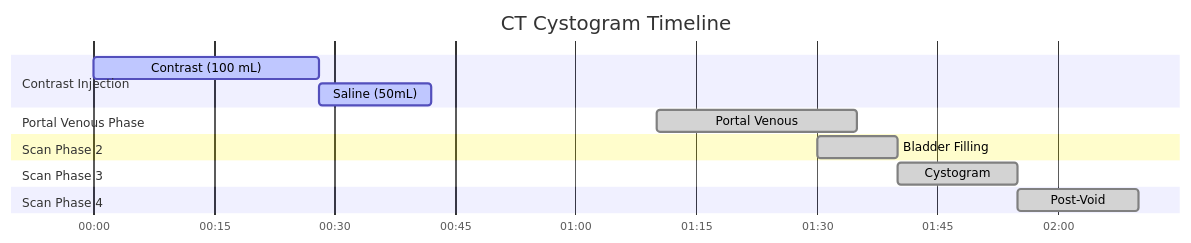
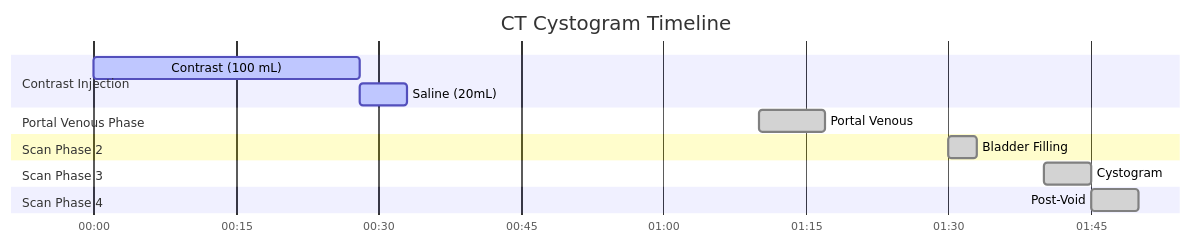
One commit to dfergs93/radiology-protocols changed the diagram in docs/ct/abdomen/ct-cystogram.md. Above: the diagram before and after it, drawn with Mermaid. The commit also changed other lines of this file and 113 other files, not shown here.

````diff
--- a/docs/ct/abdomen/ct-cystogram.md
+++ b/docs/ct/abdomen/ct-cystogram.md
@@ -85,22 +85,22 @@
   ```mermaid
   ---
   config:
     theme: default
   ---
     gantt
       title CT Cystogram Timeline
       dateFormat mm:ss
       axisFormat %M:%S 
       
       section Contrast Injection
       Contrast (100 mL)    :active, contrast, 00:00, 28s
-      Saline (50mL)          :active, saline, after contrast, 14s
+      Saline (20mL)          :active, saline, after contrast, 5s
       section Portal Venous Phase
-      Portal Venous    :done, scan1, 01:10, 25s
+      Portal Venous    :done, scan1, 01:10, 7s
       section Scan Phase 2
-      Bladder Filling    :done, scan2, 01:30, 10s
+      Bladder Filling    :done, scan2, 01:30, 3s
       section Scan Phase 3
-      Cystogram    :done, scan3, 01:40, 15s
+      Cystogram    :done, scan3, 01:40, 5s
       section Scan Phase 4
-      Post-Void    :done, scan4, after scan3, 15s
+      Post-Void    :done, scan4, after scan3, 5s
   ```
````
